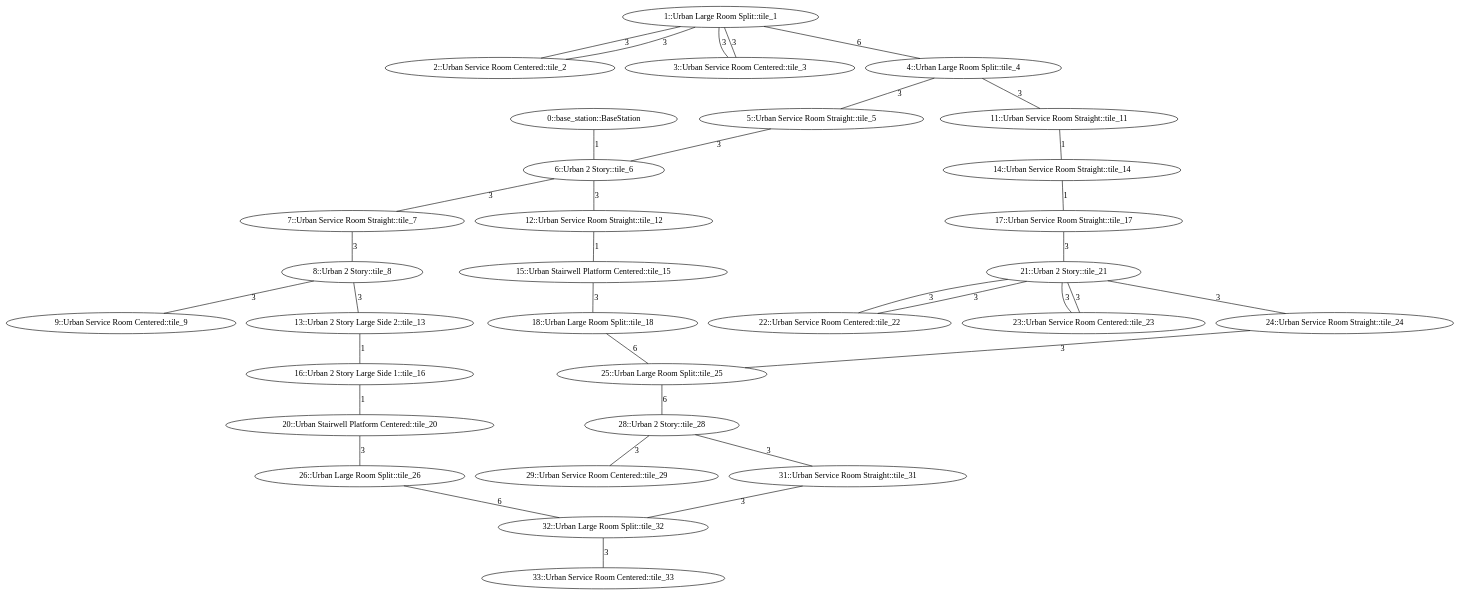
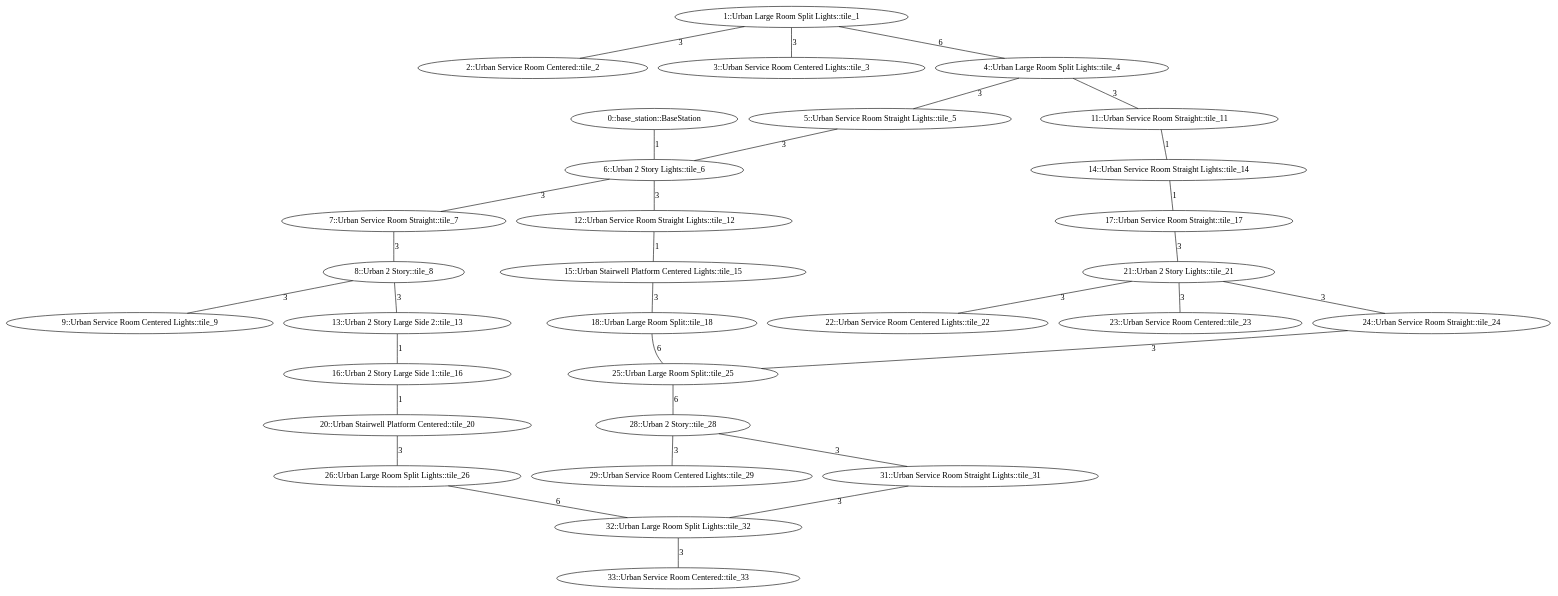
Before and after one commit to osrf/subt: the diagram in subt_ign/worlds/urban_circuit_practice_03.dot, drawn with Graphviz. The commit also changed 2 other files, not shown here.

Commit message:
add lights, gas, manually fix DOT

```diff
--- a/subt_ign/worlds/urban_circuit_practice_03.dot
+++ b/subt_ign/worlds/urban_circuit_practice_03.dot
@@ -1,79 +1,75 @@
 /* Visibility graph for urban_circuit_practice_03.tsv */
-/* Generated with the tile_tsv.py script: */
-/*   tile_tsv.py urban_circuit_practice_03.tsv -\-graph-file urban_circuit_practice_03.dot -\-world-file urban_circuit_practice_03.sdf -\-world-name urban_circuit_practice_03 -\-scale_x 40 -\-scale_y 40 -\-urban -\-y0 24 -\-x0 -136 -\-z0 11 */
+/* Generated with the tile_tsv_fresh.py script: */
+/*   tile_tsv_fresh.py urban_circuit_practice_03.tsv -\-graph-file urban_circuit_practice_03.dot -\-world-file urban_circuit_practice_03.sdf -\-world-name urban_circuit_practice_03 -\-scale_x 40 -\-scale_y 40 -\-urban -\-y0 24 -\-x0 -136 -\-z0 11 -\-level_type row_col */
 
 graph {
   /* ==== Vertices ==== */
 
   /* Base station / Staging area */
   0   [label="0::base_station::BaseStation"];
 
-  1   [label="1::Urban Large Room Split::tile_1"];
+  1   [label="1::Urban Large Room Split Lights::tile_1"];
   2   [label="2::Urban Service Room Centered::tile_2"];
-  3   [label="3::Urban Service Room Centered::tile_3"];
-  4   [label="4::Urban Large Room Split::tile_4"];
-  5   [label="5::Urban Service Room Straight::tile_5"];
-  6   [label="6::Urban 2 Story::tile_6"];
+  3   [label="3::Urban Service Room Centered Lights::tile_3"];
+  4   [label="4::Urban Large Room Split Lights::tile_4"];
+  5   [label="5::Urban Service Room Straight Lights::tile_5"];
+  6   [label="6::Urban 2 Story Lights::tile_6"];
   7   [label="7::Urban Service Room Straight::tile_7"];
   8   [label="8::Urban 2 Story::tile_8"];
-  9   [label="9::Urban Service Room Centered::tile_9"];
+  9   [label="9::Urban Service Room Centered Lights::tile_9"];
   11  [label="11::Urban Service Room Straight::tile_11"];
-  12  [label="12::Urban Service Room Straight::tile_12"];
+  12  [label="12::Urban Service Room Straight Lights::tile_12"];
   13  [label="13::Urban 2 Story Large Side 2::tile_13"];
-  14  [label="14::Urban Service Room Straight::tile_14"];
-  15  [label="15::Urban Stairwell Platform Centered::tile_15"];
+  14  [label="14::Urban Service Room Straight Lights::tile_14"];
+  15  [label="15::Urban Stairwell Platform Centered Lights::tile_15"];
   16  [label="16::Urban 2 Story Large Side 1::tile_16"];
   17  [label="17::Urban Service Room Straight::tile_17"];
   18  [label="18::Urban Large Room Split::tile_18"];
   20  [label="20::Urban Stairwell Platform Centered::tile_20"];
-  21  [label="21::Urban 2 Story::tile_21"];
-  22  [label="22::Urban Service Room Centered::tile_22"];
+  21  [label="21::Urban 2 Story Lights::tile_21"];
+  22  [label="22::Urban Service Room Centered Lights::tile_22"];
   23  [label="23::Urban Service Room Centered::tile_23"];
   24  [label="24::Urban Service Room Straight::tile_24"];
   25  [label="25::Urban Large Room Split::tile_25"];
-  26  [label="26::Urban Large Room Split::tile_26"];
+  26  [label="26::Urban Large Room Split Lights::tile_26"];
   28  [label="28::Urban 2 Story::tile_28"];
-  29  [label="29::Urban Service Room Centered::tile_29"];
-  31  [label="31::Urban Service Room Straight::tile_31"];
-  32  [label="32::Urban Large Room Split::tile_32"];
+  29  [label="29::Urban Service Room Centered Lights::tile_29"];
+  31  [label="31::Urban Service Room Straight Lights::tile_31"];
+  32  [label="32::Urban Large Room Split Lights::tile_32"];
   33  [label="33::Urban Service Room Centered::tile_33"];
 
   /* ==== Edges ==== */
 
   /* Base station */
   0  -- 6   [label=1];
   1  -- 4   [label=6];  /* Intersection */
   4  -- 5   [label=3];  /* Intersection */
   4  -- 11  [label=3];  /* Intersection */
   5  -- 6   [label=3];  /* Intersection */
   6  -- 7   [label=3];  /* Intersection */
   6  -- 12  [label=3];  /* Intersection */
   7  -- 8   [label=3];  /* Intersection */
   8  -- 13  [label=3];  /* Intersection */
   11 -- 14  [label=1];
   12 -- 15  [label=1];
   13 -- 16  [label=1];
   14 -- 17  [label=1];
   15 -- 18  [label=3];  /* Intersection */
   16 -- 20  [label=1];
   17 -- 21  [label=3];  /* Intersection */
   18 -- 25  [label=6];  /* Intersection */
   20 -- 26  [label=3];  /* Intersection */
   21 -- 24  [label=3];  /* Intersection */
   24 -- 25  [label=3];  /* Intersection */
   25 -- 28  [label=6];  /* Intersection */
   26 -- 32  [label=6];  /* Intersection */
   28 -- 31  [label=3];  /* Intersection */
   31 -- 32  [label=3];  /* Intersection */
   1  -- 2   [label=3];  /* Intersection */
   1  -- 3   [label=3];  /* Intersection */
-  1  -- 2   [label=3];  /* Intersection */
-  1  -- 3   [label=3];  /* Intersection */
   8  -- 9   [label=3];  /* Intersection */
-  21 -- 22  [label=3];  /* Intersection */
-  21 -- 23  [label=3];  /* Intersection */
   21 -- 22  [label=3];  /* Intersection */
   21 -- 23  [label=3];  /* Intersection */
   28 -- 29  [label=3];  /* Intersection */
   32 -- 33  [label=3];  /* Intersection */
 }
```
